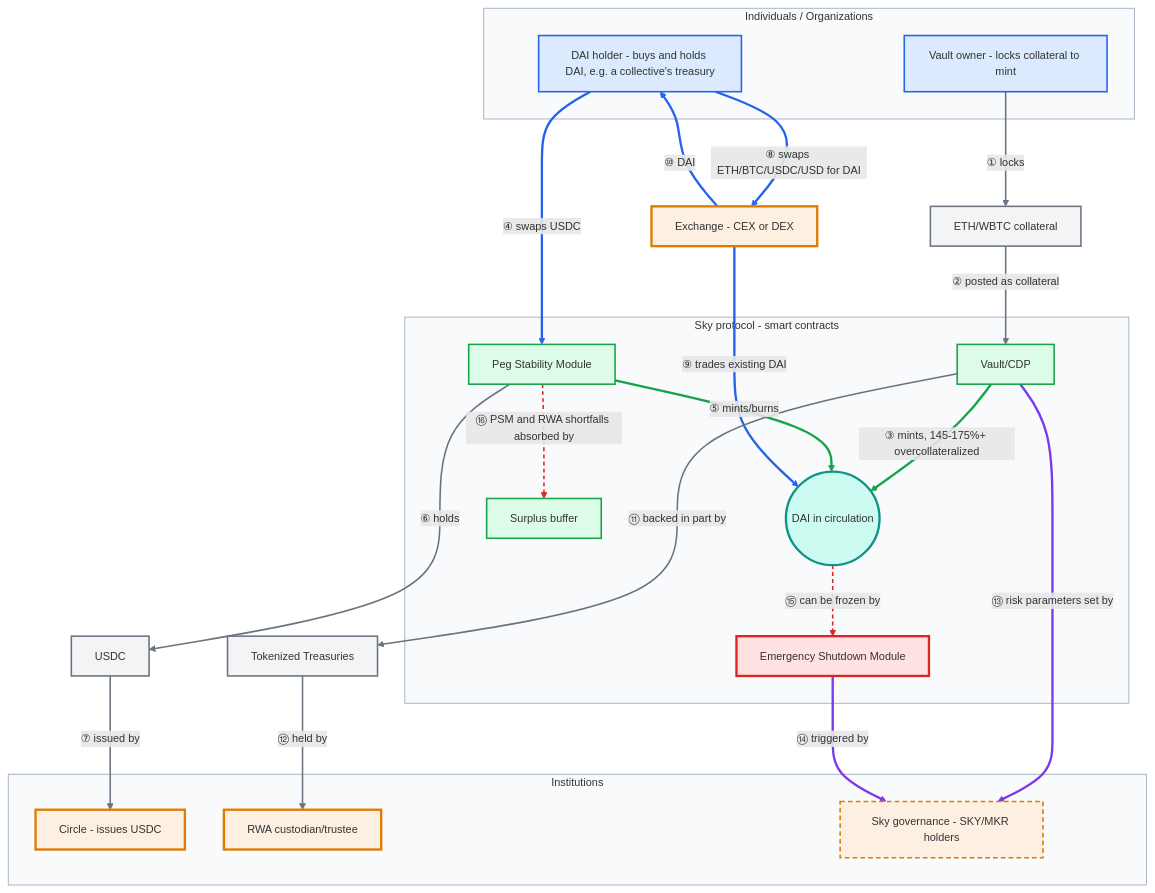
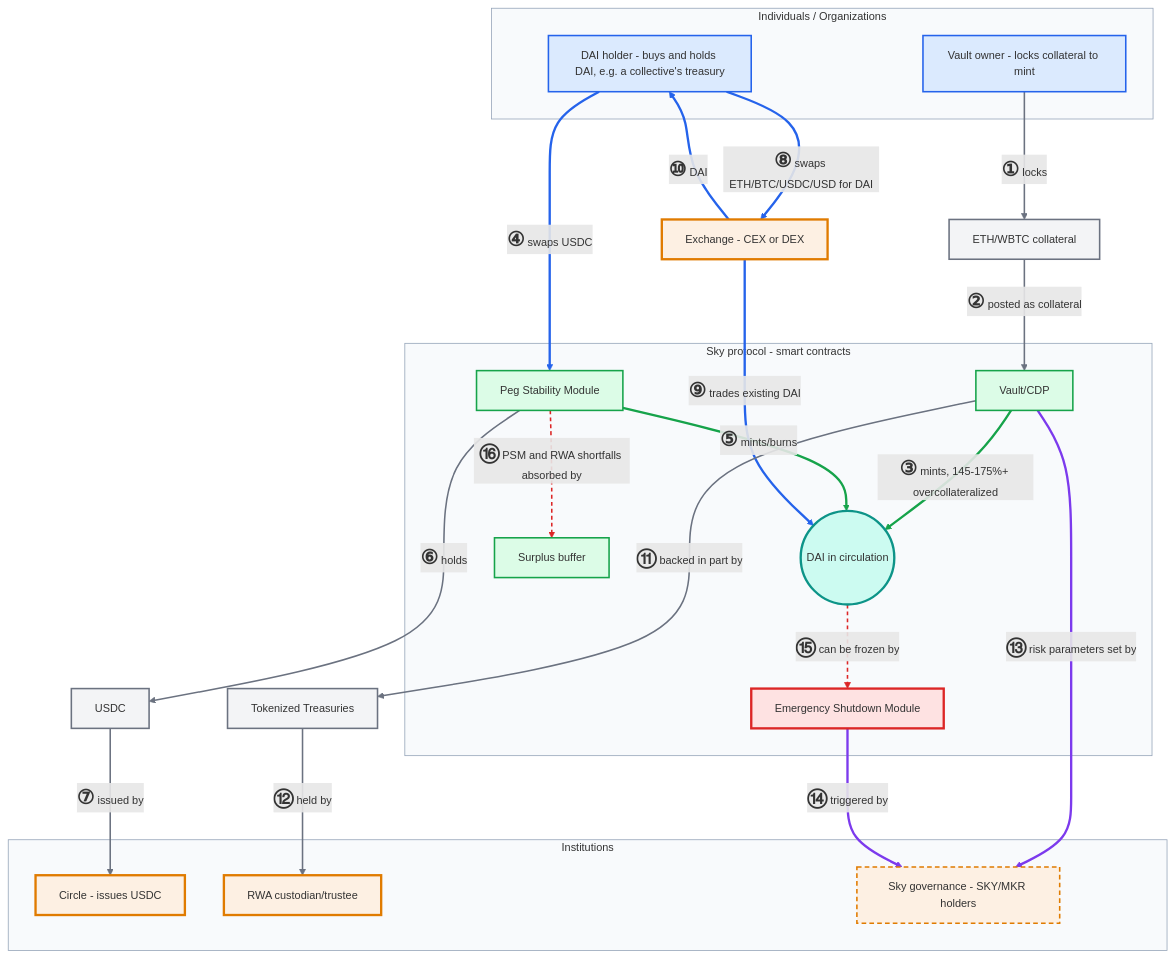
The diagram in governance/diagrams/dai-flows.mmd (doikayt/admin), drawn with Mermaid before and after one commit. The commit also changed 3 other files, not shown here.

First line of the commit message:
docs: enlarge circled flow numbers in the DAI and fund-flows diagrams

```diff
--- a/governance/diagrams/dai-flows.mmd
+++ b/governance/diagrams/dai-flows.mmd
@@ -1,73 +1,73 @@
 %%{init: {"themeVariables": {"fontSize": "14px"}, "flowchart": {"nodeSpacing": 50, "rankSpacing": 70}}}%%
 flowchart TD
     subgraph USERS["Individuals / Organizations"]
         VaultOwner[Vault owner - locks collateral to mint]
         Holder[DAI holder - buys and holds DAI, e.g. a collective's treasury]
     end
 
     Exchange[Exchange - CEX or DEX]
     ETHCollat[ETH/WBTC collateral]
 
     subgraph PROTO["Sky protocol - smart contracts"]
         DAISupply((DAI in circulation))
         PSM[Peg Stability Module]
         Vault[Vault/CDP]
         ESM[Emergency Shutdown Module]
         Buffer[Surplus buffer]
     end
 
     USDC[USDC]
     RWA[Tokenized Treasuries]
 
     subgraph INST["Institutions"]
         Circle[Circle - issues USDC]
         RWACustodian[RWA custodian/trustee]
         Governance[Sky governance - SKY/MKR holders]
     end
 
-    VaultOwner -- "① locks" --> ETHCollat
-    ETHCollat -- "② posted as collateral" --> Vault
-    Vault -- "③ mints, 145-175%+ overcollateralized" --> DAISupply
+    VaultOwner -- "<b style='font-size:1.8em'>①</b> locks" --> ETHCollat
+    ETHCollat -- "<b style='font-size:1.8em'>②</b> posted as collateral" --> Vault
+    Vault -- "<b style='font-size:1.8em'>③</b> mints, 145-175%+ overcollateralized" --> DAISupply
 
-    Holder -- "④ swaps USDC" --> PSM
-    PSM -- "⑤ mints/burns" --> DAISupply
-    PSM -- "⑥ holds" --> USDC
-    USDC -- "⑦ issued by" --> Circle
+    Holder -- "<b style='font-size:1.8em'>④</b> swaps USDC" --> PSM
+    PSM -- "<b style='font-size:1.8em'>⑤</b> mints/burns" --> DAISupply
+    PSM -- "<b style='font-size:1.8em'>⑥</b> holds" --> USDC
+    USDC -- "<b style='font-size:1.8em'>⑦</b> issued by" --> Circle
 
-    Holder -- "⑧ swaps ETH/BTC/USDC/USD for DAI" --> Exchange
-    Exchange -- "⑨ trades existing DAI" --> DAISupply
-    Exchange -- "⑩ DAI" --> Holder
+    Holder -- "<b style='font-size:1.8em'>⑧</b> swaps ETH/BTC/USDC/USD for DAI" --> Exchange
+    Exchange -- "<b style='font-size:1.8em'>⑨</b> trades existing DAI" --> DAISupply
+    Exchange -- "<b style='font-size:1.8em'>⑩</b> DAI" --> Holder
 
-    Vault -- "⑪ backed in part by" --> RWA
-    RWA -- "⑫ held by" --> RWACustodian
+    Vault -- "<b style='font-size:1.8em'>⑪</b> backed in part by" --> RWA
+    RWA -- "<b style='font-size:1.8em'>⑫</b> held by" --> RWACustodian
 
-    Vault -- "⑬ risk parameters set by" --> Governance
-    ESM -- "⑭ triggered by" --> Governance
+    Vault -- "<b style='font-size:1.8em'>⑬</b> risk parameters set by" --> Governance
+    ESM -- "<b style='font-size:1.8em'>⑭</b> triggered by" --> Governance
 
-    DAISupply -- "⑮ can be frozen by" --> ESM
-    PSM -.->|"⑯ PSM and RWA shortfalls absorbed by"| Buffer
+    DAISupply -- "<b style='font-size:1.8em'>⑮</b> can be frozen by" --> ESM
+    PSM -.->|"<b style='font-size:1.8em'>⑯</b> PSM and RWA shortfalls absorbed by"| Buffer
 
     classDef user fill:#dbeafe,stroke:#2563eb,stroke-width:2px
     classDef code fill:#dcfce7,stroke:#16a34a,stroke-width:2px
     classDef asset fill:#f3f4f6,stroke:#6b7280,stroke-width:2px
     classDef token fill:#ccfbf1,stroke:#0d9488,stroke-width:3px
     classDef cutoff fill:#fdf0e3,stroke:#e07b00,stroke-width:3px
     classDef legal fill:#fdf0e3,stroke:#e07b00,stroke-width:2px,stroke-dasharray:6 4
     classDef breaker fill:#fee2e2,stroke:#dc2626,stroke-width:3px
     class VaultOwner,Holder user
     class Vault,PSM,Buffer code
     class ETHCollat,USDC,RWA asset
     class DAISupply token
     class Circle,RWACustodian,Exchange cutoff
     class Governance legal
     class ESM breaker
 
     style USERS fill:#f8fafc,stroke:#94a3b8
     style PROTO fill:#f8fafc,stroke:#94a3b8
     style INST fill:#f8fafc,stroke:#94a3b8
 
     linkStyle 2,4 stroke:#16a34a,stroke-width:3px
     linkStyle 3,7,8,9 stroke:#2563eb,stroke-width:3px
     linkStyle 0,1,5,6,10,11 stroke:#6b7280,stroke-width:2px
     linkStyle 12,13 stroke:#7c3aed,stroke-width:3px
     linkStyle 14,15 stroke:#dc2626,stroke-width:2px,stroke-dasharray:5 4
```
